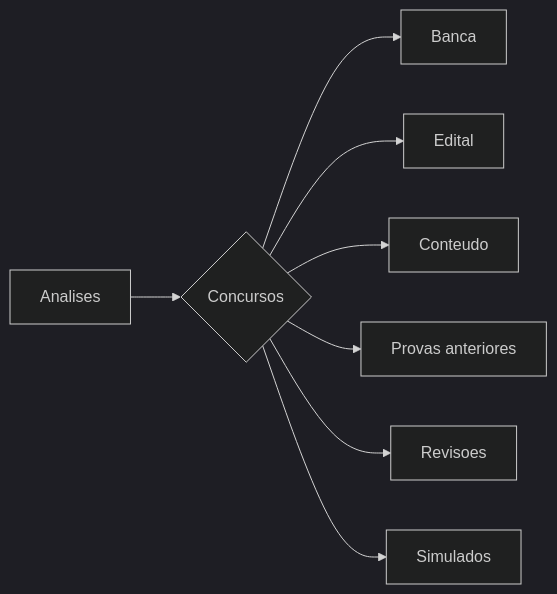
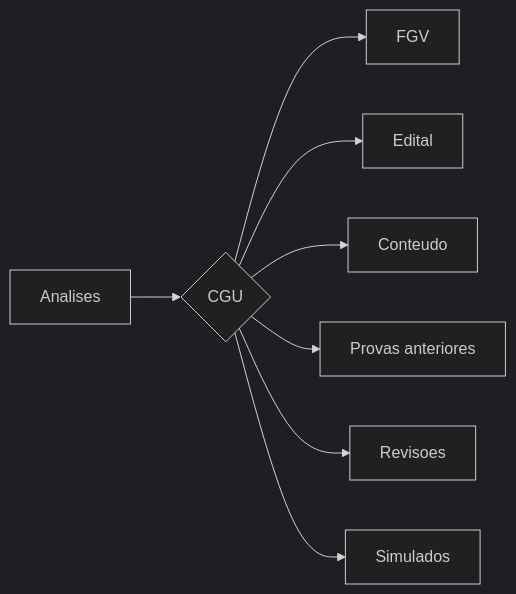
The diagram in concurso/CGU/readme.md (SauloCandeira/concursos), drawn with Mermaid (dark theme) before and after one commit.

````diff
--- a/concurso/CGU/readme.md
+++ b/concurso/CGU/readme.md
@@ -22,14 +22,14 @@
 ```mermaid
 flowchart LR
 
 B[Analises]
 
-B --> C{Concursos}
-C --> J[Banca]
+B --> C{CGU}
+C --> J[FGV] 
 C --> K[Edital]
 C --> L[Conteudo]
 C --> O[Provas anteriores]
 C --> M[Revisoes]
 C --> N[Simulados]
 
 ```
````
